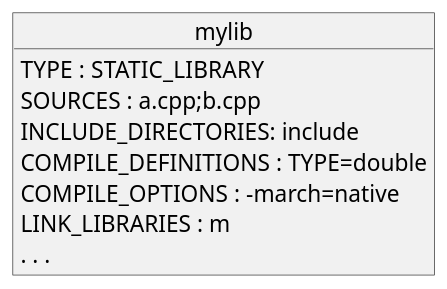
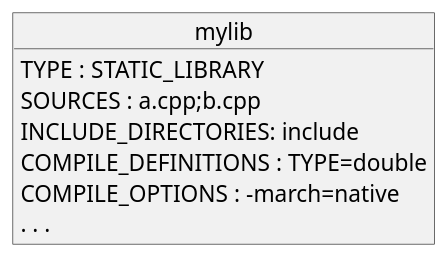
The first of 8 diagrams in slides/episodes/targets.md (mredenti/ModernCMake), drawn with PlantUML before and after one commit. The commit also changed other lines of this file, not shown here.

````diff
--- a/slides/episodes/targets.md
+++ b/slides/episodes/targets.md
@@ -134,15 +122,14 @@
 ```plantuml
 skinparam defaultFontSize 18
 top to bottom direction
 
 object mylib{
     TYPE : STATIC_LIBRARY
     SOURCES : a.cpp;b.cpp
     INCLUDE_DIRECTORIES: include
     COMPILE_DEFINITIONS : TYPE=double
     COMPILE_OPTIONS : -march=native
-    LINK_LIBRARIES : m
     . . .
 }
 
 ```
````
